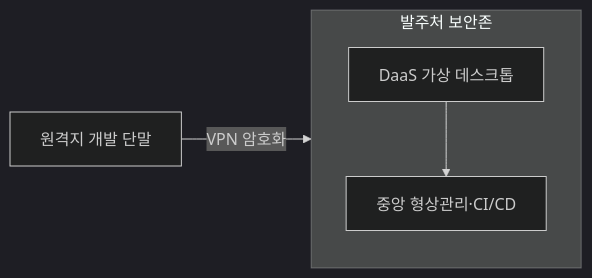
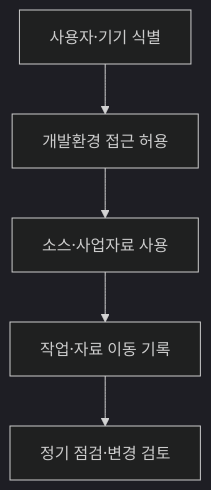
The second of 2 diagrams in src/content/docs/notes/itpe/02-software-engineering/103_remote_development.md (agnusdei1207/study), drawn with Mermaid (dark theme) before and after one commit. The commit also changed other lines of this file and 31 other files, not shown here.

````diff
--- a/src/content/docs/notes/itpe/02-software-engineering/103_remote_development.md
+++ b/src/content/docs/notes/itpe/02-software-engineering/103_remote_development.md
@@ -59,7 +99,7 @@
 ```mermaid
-flowchart LR
-    A["원격지 개발 단말"] -->|VPN 암호화| B
-    subgraph B["발주처 보안존"]
-        V["DaaS 가상 데스크톱"] --> R["중앙 형상관리·CI/CD"]
-    end
+flowchart TD
+    A["사용자·기기 식별"] --> B["개발환경 접근 허용"]
+    B --> C["소스·사업자료 사용"]
+    C --> D["작업·자료 이동 기록"]
+    D --> E["정기 점검·변경 검토"]
 ```
````
